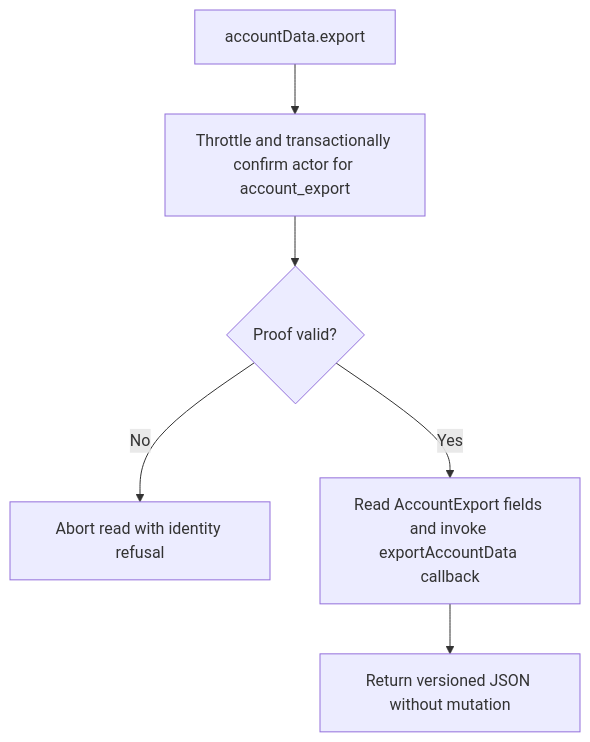
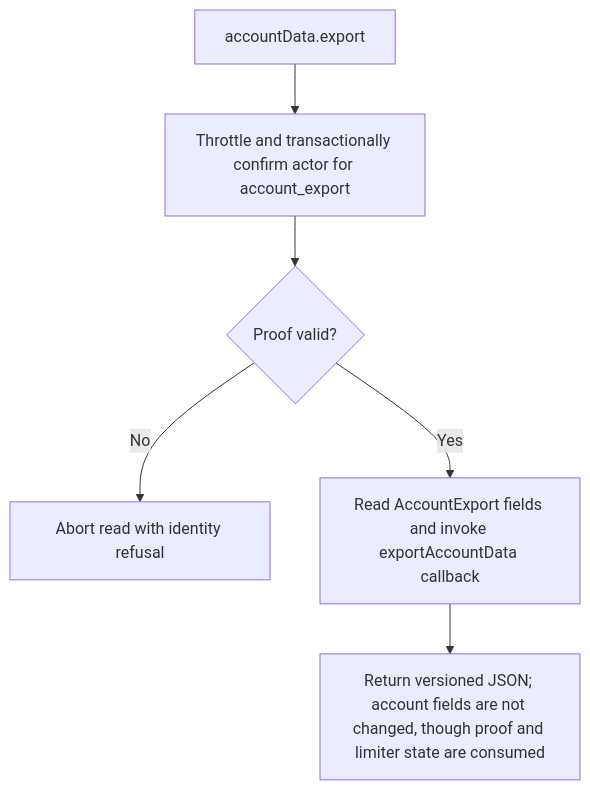
Before and after one commit to Kevinjohn/oss-adonisjs-account-kit: the second of 2 diagrams in user-stories/US-ACCOUNT-18-export-account.md, drawn with Mermaid. The commit also changed other lines of this file and 4 other files, not shown here.

````diff
--- a/user-stories/US-ACCOUNT-18-export-account.md
+++ b/user-stories/US-ACCOUNT-18-export-account.md
@@ -29,8 +29,8 @@
 ```mermaid
 flowchart TD
  A["accountData.export"] --> B["Throttle and transactionally confirm actor for account_export"]
  B --> C{"Proof valid?"}
  C -->|No| D["Abort read with identity refusal"]
  C -->|Yes| E["Read AccountExport fields and invoke exportAccountData callback"]
- E --> F["Return versioned JSON without mutation"]
+ E --> F["Return versioned JSON; account fields are not changed, though proof and limiter state are consumed"]
 ```
````
